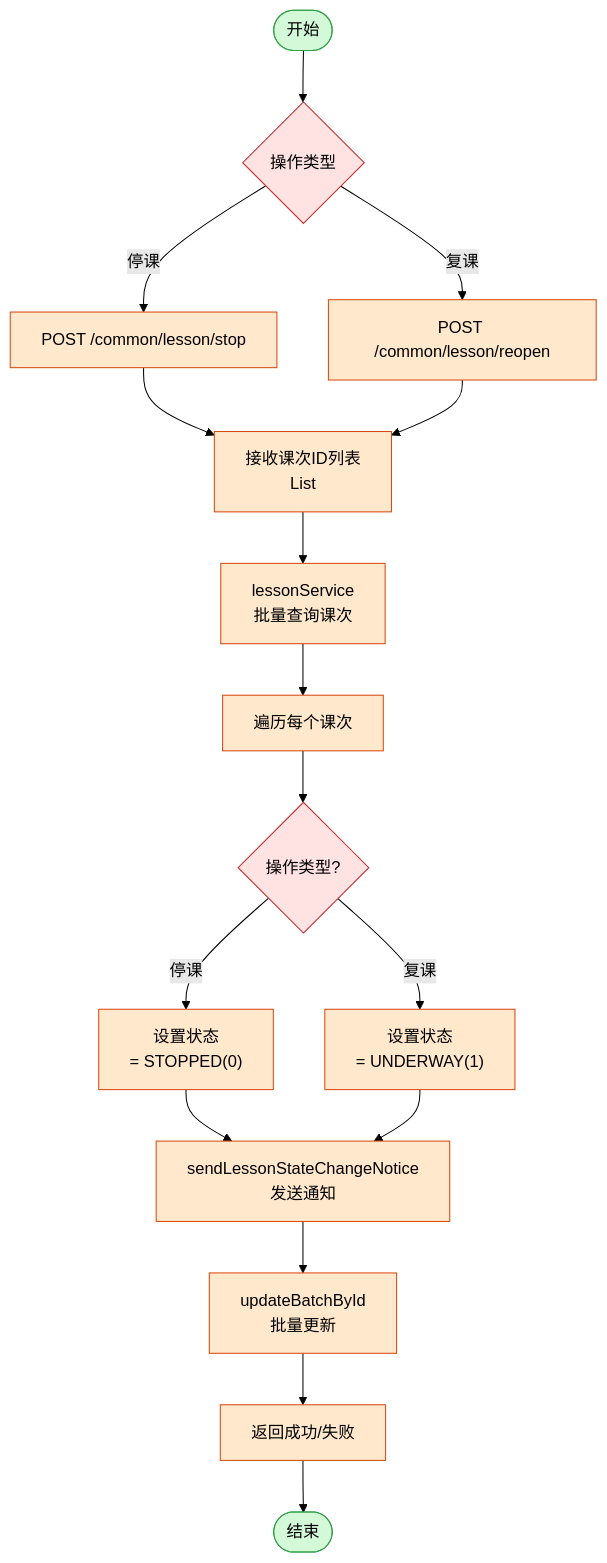
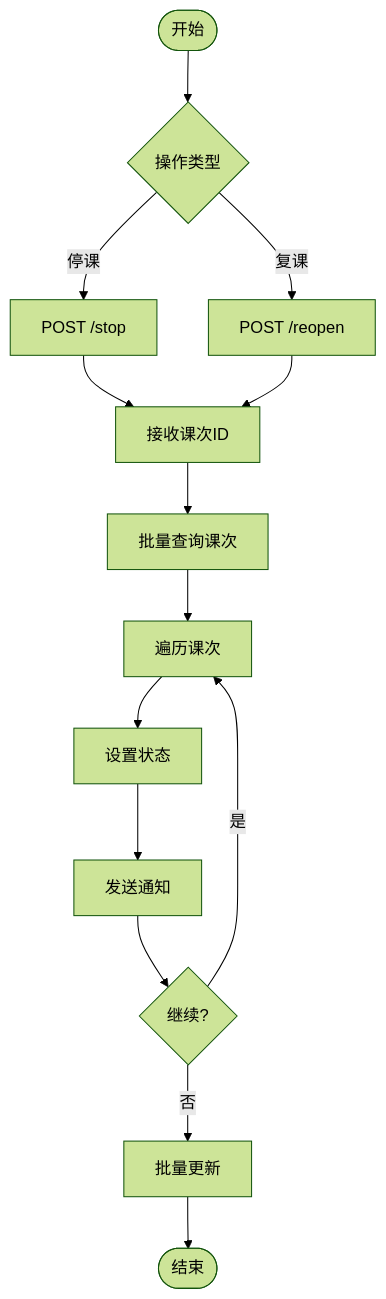
The fourth of 5 diagrams in 00-收集箱/学员上课状态管理流程.md (laoliu-463/mybook), drawn with Mermaid (forest theme) before and after one commit. The commit also changed other lines of this file and 2 other files, not shown here.

````diff
--- a/00-收集箱/学员上课状态管理流程.md
+++ b/00-收集箱/学员上课状态管理流程.md
@@ -103,27 +65,16 @@
 ```mermaid
 flowchart TB
-    start3([开始]) --> stop_choice{操作类型}
-    stop_choice -->|停课| stop_api1["POST /common/lesson/stop"]
-    stop_choice -->|复课| stop_api2["POST /common/lesson/reopen"]
-    stop_api1 --> stop_ids["接收课次ID列表<br/>List<Long>"]
-    stop_api2 --> stop_ids
-    stop_ids --> stop_query["lessonService<br/>批量查询课次"]
-    stop_query --> stop_loop[遍历每个课次]
-    stop_loop --> stop_set{操作类型?}
-    stop_set -->|停课| stop_stopped["设置状态<br/>= STOPPED(0)"]
-    stop_set -->|复课| stop_underway["设置状态<br/>= UNDERWAY(1)"]
-    stop_stopped --> stop_notice["sendLessonStateChangeNotice<br/>发送通知"]
-    stop_underway --> stop_notice
-    stop_notice --> stop_batch["updateBatchById<br/>批量更新"]
-    stop_batch --> stop_return["返回成功/失败"]
-    stop_return --> end3([结束])
-
-    classDef startEnd fill:#d3f9d8,stroke:#2f9e44,color:#000
-    classDef api fill:#e7f5ff,stroke:#1971c2,color:#000
-    classDef decision fill:#ffe3e3,stroke:#c92a2a,color:#000
-    classDef action fill:#ffe8cc,stroke:#d9480f,color:#000
-
-    class start3,end3 startEnd
-    class stop_choice,stop_set decision
-    class stop_api1,stop_api2,stop_ids,stop_query,stop_loop,stop_stopped,stop_underway,stop_notice,stop_batch,stop_return action
+    START3(["开始"]) --> A3{操作类型}
+    A3 -->|停课| B3["POST /stop"]
+    A3 -->|复课| C3["POST /reopen"]
+    B3 --> D3["接收课次ID"]
+    C3 --> D3
+    D3 --> E3["批量查询课次"]
+    E3 --> F3["遍历课次"]
+    F3 --> G3["设置状态"]
+    G3 --> H3["发送通知"]
+    H3 --> I3{继续?}
+    I3 -->|是| F3
+    I3 -->|否| J3["批量更新"]
+    J3 --> K3(["结束"])
 ```
````
